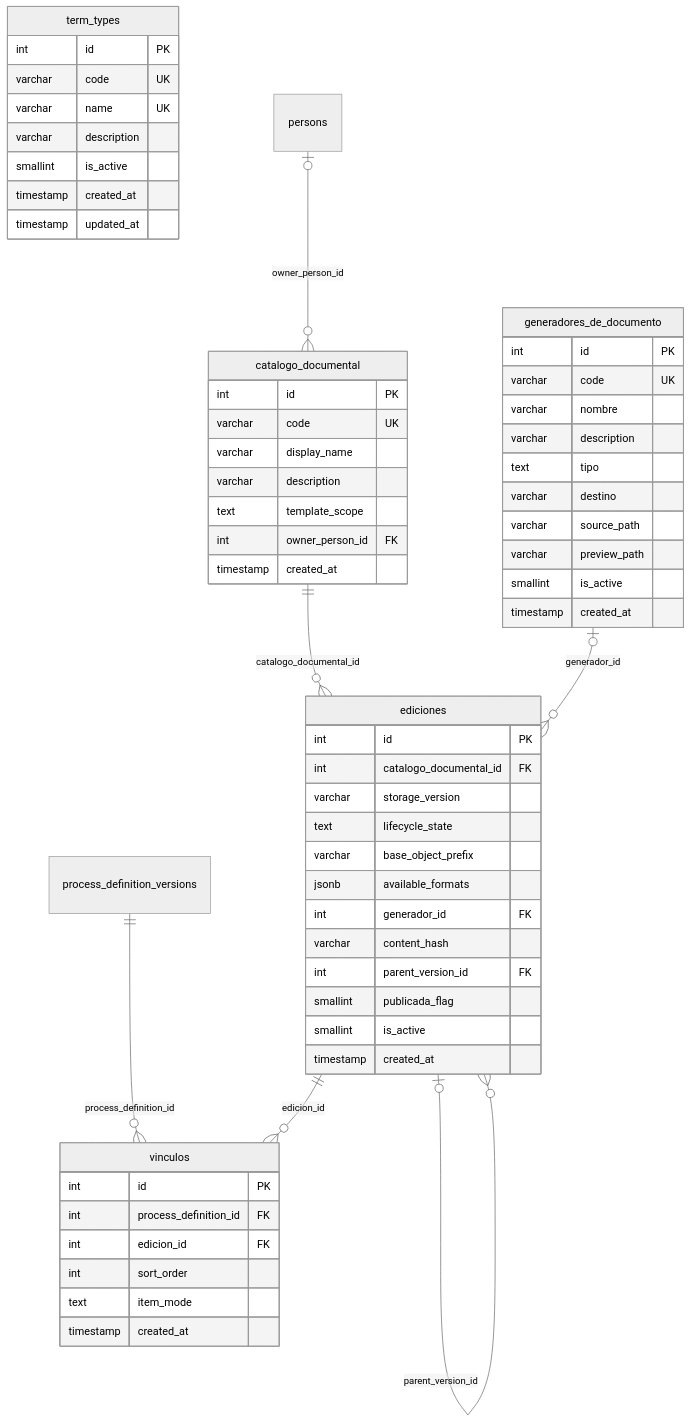
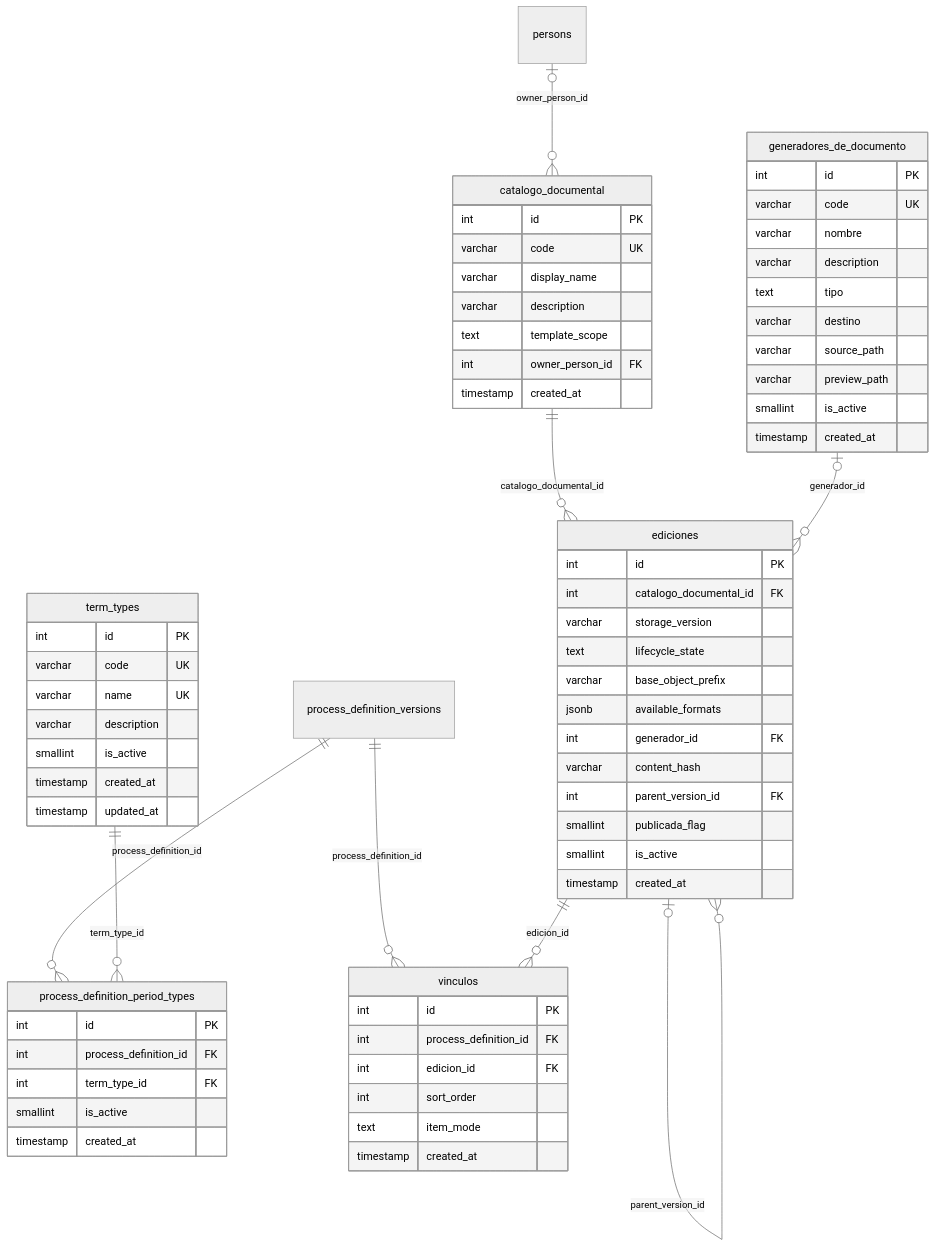
The fourth of 10 diagrams in docs/src/content/docs/modelo/mapa-con-campos.md (fresvel/deasy), drawn with Mermaid (neutral theme) before and after one commit. The commit also changed other lines of this file and 37 other files, not shown here.

````diff
--- a/docs/src/content/docs/modelo/mapa-con-campos.md
+++ b/docs/src/content/docs/modelo/mapa-con-campos.md
@@ -324,62 +345,71 @@
 ```mermaid
 erDiagram
   %% generado por scripts/docs/gen-mapa-campos.mjs: no se edita a mano
+  process_definition_period_types {
+    int id PK
+    int process_definition_id FK
+    int term_type_id FK
+    smallint is_active
+    timestamp created_at
+  }
   term_types {
     int id PK
     varchar code UK
     varchar name UK
     varchar description
     smallint is_active
     timestamp created_at
     timestamp updated_at
   }
   catalogo_documental {
     int id PK
     varchar code UK
     varchar display_name
     varchar description
     text template_scope
     int owner_person_id FK
     timestamp created_at
   }
   ediciones {
     int id PK
     int catalogo_documental_id FK
     varchar storage_version
     text lifecycle_state
     varchar base_object_prefix
     jsonb available_formats
     int generador_id FK
     varchar content_hash
     int parent_version_id FK
     smallint publicada_flag
     smallint is_active
     timestamp created_at
   }
   generadores_de_documento {
     int id PK
     varchar code UK
     varchar nombre
     varchar description
     text tipo
     varchar destino
     varchar source_path
     varchar preview_path
     smallint is_active
     timestamp created_at
   }
   vinculos {
     int id PK
     int process_definition_id FK
     int edicion_id FK
     int sort_order
     text item_mode
     timestamp created_at
   }
   persons |o--o{ catalogo_documental : "owner_person_id"
   catalogo_documental ||--o{ ediciones : "catalogo_documental_id"
   generadores_de_documento |o--o{ ediciones : "generador_id"
   ediciones |o--o{ ediciones : "parent_version_id"
+  process_definition_versions ||--o{ process_definition_period_types : "process_definition_id"
+  term_types ||--o{ process_definition_period_types : "term_type_id"
   process_definition_versions ||--o{ vinculos : "process_definition_id"
   ediciones ||--o{ vinculos : "edicion_id"
 ```
````
